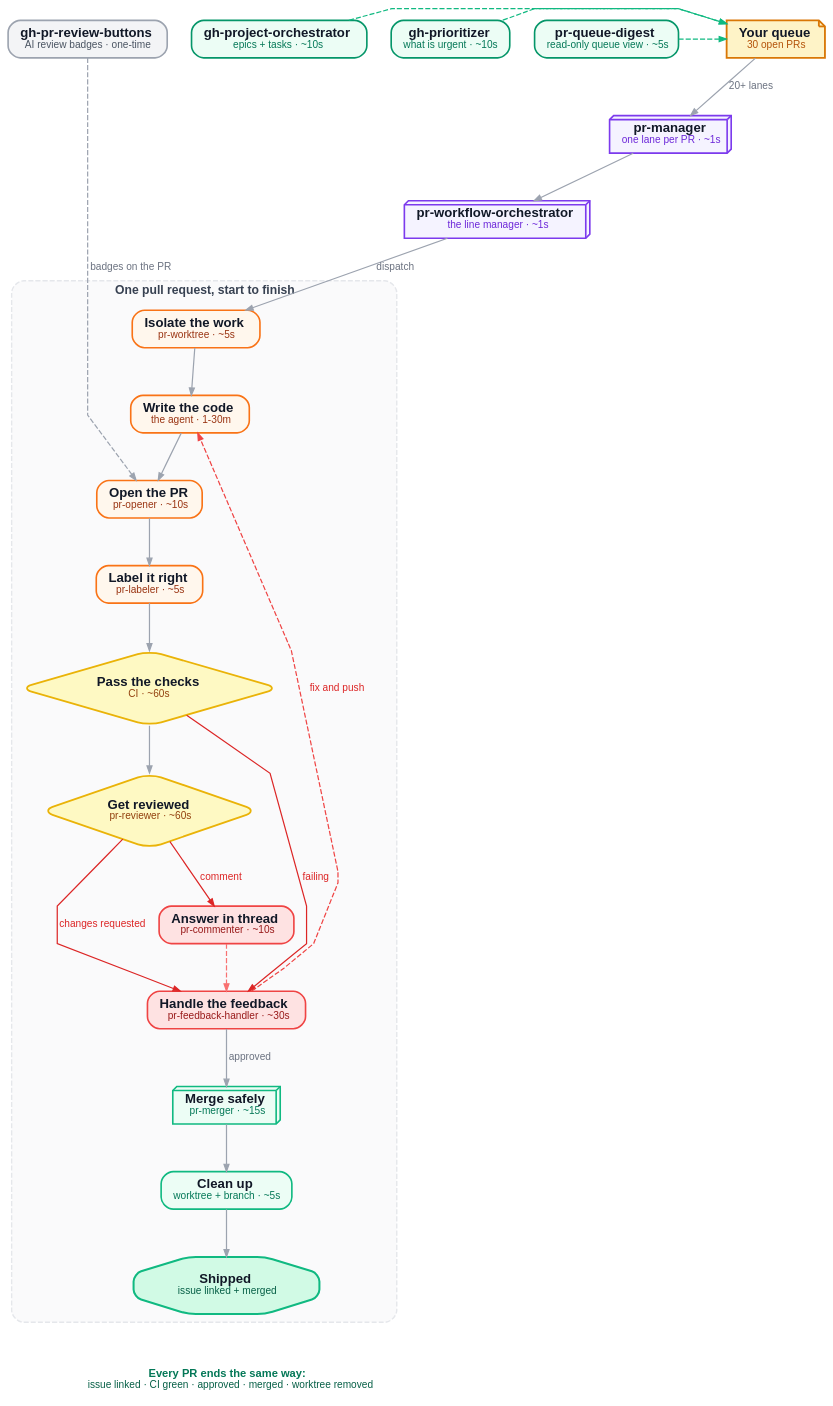
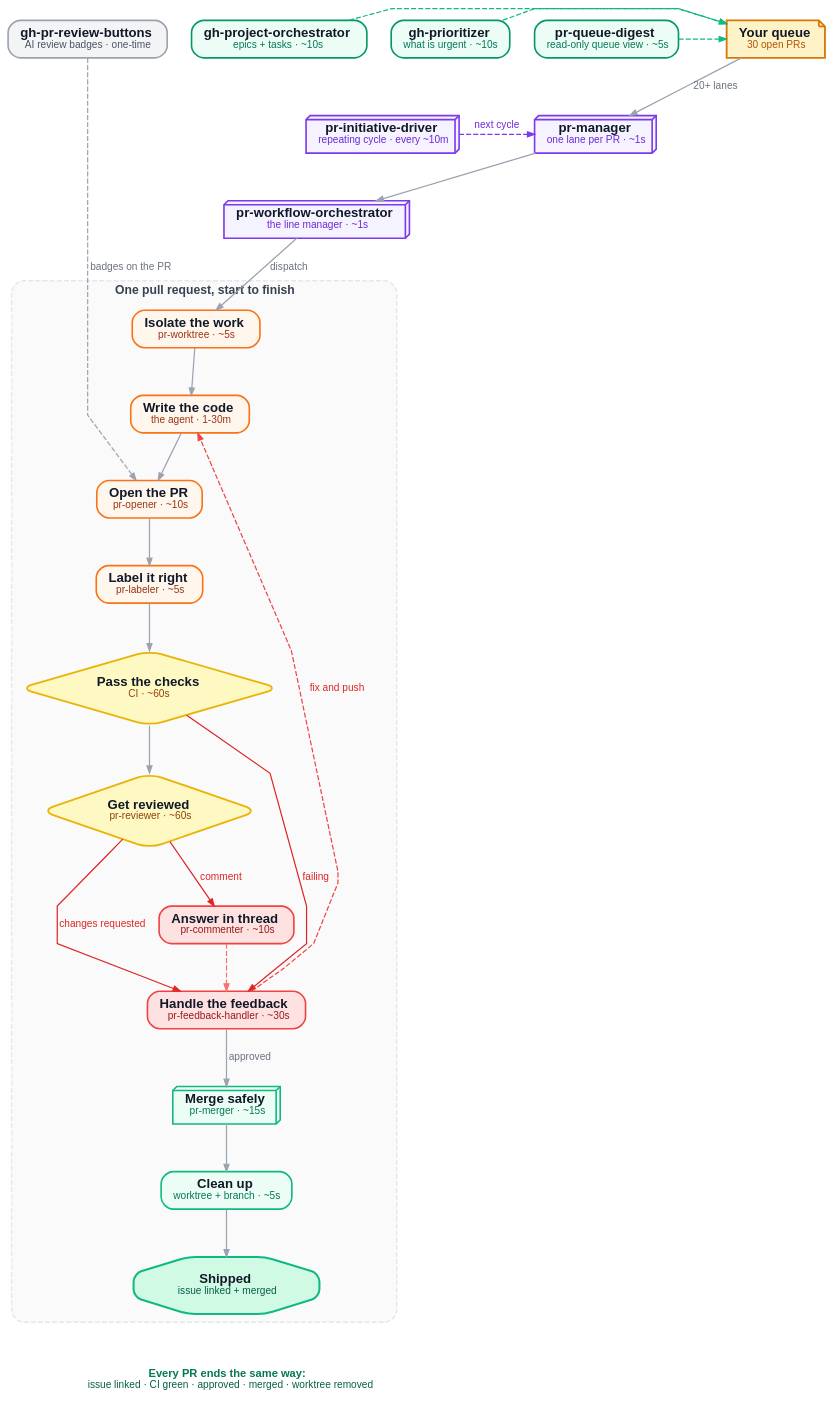
Before and after one commit to kburym/gh-skills: the diagram in assets/skill-calls.dot, drawn with Graphviz. The commit also changed 10 other files, not shown here.

First line of the commit message:
Add pr-initiative-driver skill

```diff
--- a/assets/skill-calls.dot
+++ b/assets/skill-calls.dot
@@ -1,99 +1,102 @@
 // gh-skills — the factory: what happens to a pull request, and how long it takes.
 // Render:  ./assets/build-diagram.sh   (dot + animated-SVG injection)
 // Source of truth: this file. The SVG in assets/ is generated from it.
 digraph SKILL_FACTORY {
   rankdir=TB;
   splines=polyline;
   bgcolor="transparent";
   pad="0.35";
   nodesep="0.34";
   ranksep="0.62";
   fontname="Helvetica,Arial,sans-serif";
 
   node [shape=box, style="rounded,filled", fontname="Helvetica,Arial,sans-serif",
         fontsize=13, fontcolor="#111827", color="#4F46E5", fillcolor="#EEF2FF",
         penwidth=1.6, margin="0.16,0.10"];
   edge [color="#9CA3AF", fontname="Helvetica,Arial,sans-serif", fontsize=10,
         fontcolor="#6B7280", arrowsize=0.7, penwidth=1.2];
 
   // ---------------- intake ----------------
   queue [label=<<b>Your queue</b><br/><font point-size="10" color="#B45309">30 open PRs</font>>,
          shape=note, fillcolor="#FEF3C7", color="#D97706", penwidth=1.8];
   mgr   [label=<<b>pr-manager</b><br/><font point-size="10" color="#6D28D9">one lane per PR · ~1s</font>>,
          shape=box3d, fillcolor="#F5F3FF", color="#7C3AED"];
   orch  [label=<<b>pr-workflow-orchestrator</b><br/><font point-size="10" color="#6D28D9">the line manager · ~1s</font>>,
          shape=box3d, fillcolor="#F5F3FF", color="#7C3AED"];
 
   // side stations that feed the queue
   proj [label=<<b>gh-project-orchestrator</b><br/><font point-size="10" color="#047857">epics + tasks · ~10s</font>>,
         fillcolor="#ECFDF5", color="#059669"];
   prio [label=<<b>gh-prioritizer</b><br/><font point-size="10" color="#047857">what is urgent · ~10s</font>>,
         fillcolor="#ECFDF5", color="#059669"];
   digest [label=<<b>pr-queue-digest</b><br/><font point-size="10" color="#047857">read-only queue view · ~5s</font>>,
         fillcolor="#ECFDF5", color="#059669"];
+  driver [label=<<b>pr-initiative-driver</b><br/><font point-size="10" color="#6D28D9">repeating cycle · every ~10m</font>>,
+        shape=box3d, fillcolor="#F5F3FF", color="#7C3AED"];
   btns [label=<<b>gh-pr-review-buttons</b><br/><font point-size="10" color="#4B5563">AI review badges · one-time</font>>,
         fillcolor="#F3F4F6", color="#9CA3AF"];
 
   // ---------------- the line ----------------
   subgraph cluster_lane {
     label=<<b>One pull request, start to finish</b>>;
     fontname="Helvetica,Arial,sans-serif"; fontsize=12; fontcolor="#374151";
     color="#E5E7EB"; style="rounded,dashed"; penwidth=1.4; bgcolor="#FAFAFB";
 
     wt    [label=<<b>Isolate the work</b><br/><font point-size="10" color="#9A3412">pr-worktree · ~5s</font>>,
            fillcolor="#FFF7ED", color="#F97316"];
     impl  [label=<<b>Write the code</b><br/><font point-size="10" color="#9A3412">the agent · 1-30m</font>>,
            fillcolor="#FFF7ED", color="#F97316"];
     open  [label=<<b>Open the PR</b><br/><font point-size="10" color="#9A3412">pr-opener · ~10s</font>>,
            fillcolor="#FFF7ED", color="#F97316"];
     lab   [label=<<b>Label it right</b><br/><font point-size="10" color="#9A3412">pr-labeler · ~5s</font>>,
            fillcolor="#FFF7ED", color="#F97316"];
     ci    [class="pulse", label=<<b>Pass the checks</b><br/><font point-size="10" color="#92400E">CI · ~60s</font>>,
            shape=diamond, fillcolor="#FEF9C3", color="#EAB308", penwidth=1.8];
     rev   [class="pulse", label=<<b>Get reviewed</b><br/><font point-size="10" color="#92400E">pr-reviewer · ~60s</font>>,
            shape=diamond, fillcolor="#FEF9C3", color="#EAB308", penwidth=1.8];
     fb    [class="pulse", label=<<b>Handle the feedback</b><br/><font point-size="10" color="#991B1B">pr-feedback-handler · ~30s</font>>,
            fillcolor="#FEE2E2", color="#EF4444"];
     cmt   [label=<<b>Answer in thread</b><br/><font point-size="10" color="#991B1B">pr-commenter · ~10s</font>>,
            fillcolor="#FEE2E2", color="#EF4444"];
     mrg   [class="pulse", label=<<b>Merge safely</b><br/><font point-size="10" color="#047857">pr-merger · ~15s</font>>,
            shape=box3d, fillcolor="#ECFDF5", color="#10B981"];
     clean [class="pulse", label=<<b>Clean up</b><br/><font point-size="10" color="#047857">worktree + branch · ~5s</font>>,
            fillcolor="#ECFDF5", color="#10B981"];
     done  [class="pulse", label=<<b>Shipped</b><br/><font point-size="10" color="#065F46">issue linked + merged</font>>,
            shape=octagon, fillcolor="#D1FAE5", color="#10B981", penwidth=2];
 
     wt -> impl -> open -> lab -> ci -> rev;
     rev -> fb [label=" changes requested ", color="#DC2626", fontcolor="#DC2626"];
     rev -> cmt [label=" comment ", color="#DC2626", fontcolor="#DC2626"];
     cmt -> fb [style=dashed, color="#F87171"];
     ci  -> fb [label=" failing ", color="#DC2626", fontcolor="#DC2626"];
     fb  -> impl [label=" fix and push ", style=dashed, color="#EF4444", fontcolor="#DC2626",
                  constraint=false];
     fb  -> mrg [label=" approved "];
     mrg -> clean -> done;
 
     // stage ranks inside the line
                       { rank=same; done; }
   }
 
   // ---------------- the promise ----------------
   promise [label=<<font point-size="11" color="#047857"><b>Every PR ends the same way:</b></font><br/><font point-size="10" color="#065F46">issue linked · CI green · approved · merged · worktree removed</font>>,
             shape=plaintext, fillcolor="none", color="none"];
 
   // ---------------- edges ----------------
   queue -> mgr [label=" 20+ lanes "];
   mgr -> orch;
   orch -> wt [label=" dispatch "];
   proj -> queue [style=dashed, color="#10B981", fontcolor="#047857"];
   prio -> queue [style=dashed, color="#10B981", fontcolor="#047857"];
+  driver -> mgr [style=dashed, color="#7C3AED", fontcolor="#6D28D9", label=" next cycle "];
   digest -> queue [style=dashed, color="#10B981", fontcolor="#047857"];
   btns -> open [style=dashed, color="#9CA3AF", fontcolor="#6B7280", label=" badges on the PR "];
   done -> promise [style=invis];
 
   // ---------------- ranks ----------------
   { rank=same; queue; proj; prio; digest; btns; }
-  { rank=same; mgr; }
+  { rank=same; mgr; driver; }
   { rank=same; orch; }
   { rank=same; promise; }
 }
```
